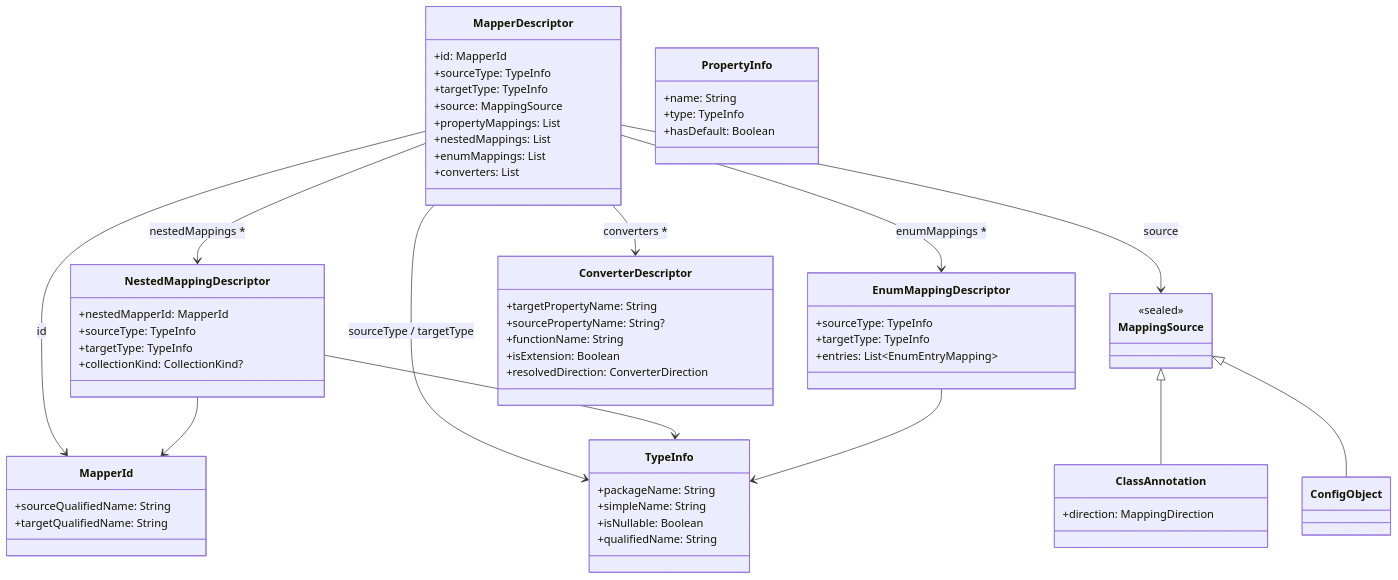
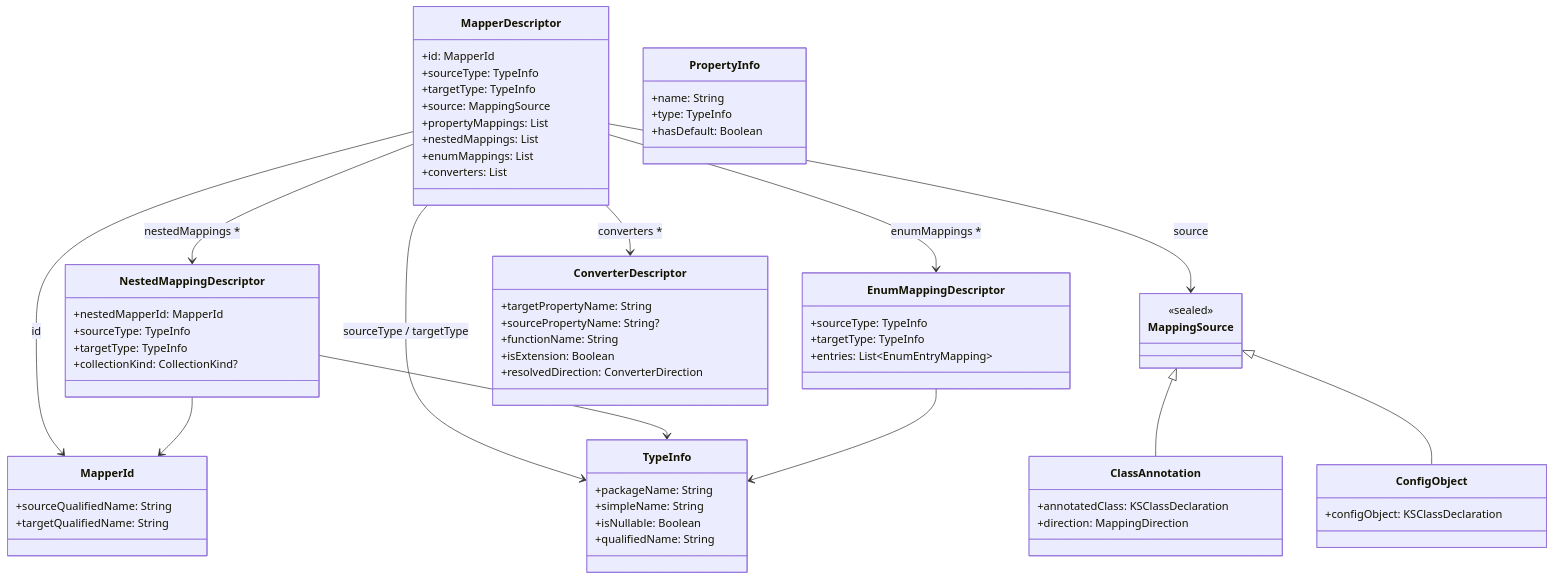
Before and after one commit to blu3berry-why/Kraft: the second of 3 diagrams in docs/developer-guide/custom-code-generator.md, drawn with Mermaid. The commit also changed other lines of this file, not shown here.

Commit message:
docs: fill memberless boxes in SPI class diagrams from source
ConfigObject and ClassAnnotation were missing their KSClassDeclaration
fields; note that Ignored's empty box is accurate.

````diff
--- a/docs/developer-guide/custom-code-generator.md
+++ b/docs/developer-guide/custom-code-generator.md
@@ -84,72 +84,75 @@
 ```mermaid
 classDiagram
     direction TB
 
     class MapperDescriptor {
         +id: MapperId
         +sourceType: TypeInfo
         +targetType: TypeInfo
         +source: MappingSource
         +propertyMappings: List
         +nestedMappings: List
         +enumMappings: List
         +converters: List
     }
 
     class MapperId {
         +sourceQualifiedName: String
         +targetQualifiedName: String
     }
     class TypeInfo {
         +packageName: String
         +simpleName: String
         +isNullable: Boolean
         +qualifiedName: String
     }
     class PropertyInfo {
         +name: String
         +type: TypeInfo
         +hasDefault: Boolean
     }
 
     class MappingSource {
         <<sealed>>
     }
     class ClassAnnotation {
+        +annotatedClass: KSClassDeclaration
         +direction: MappingDirection
     }
-    class ConfigObject
+    class ConfigObject {
+        +configObject: KSClassDeclaration
+    }
 
     class NestedMappingDescriptor {
         +nestedMapperId: MapperId
         +sourceType: TypeInfo
         +targetType: TypeInfo
         +collectionKind: CollectionKind?
     }
     class EnumMappingDescriptor {
         +sourceType: TypeInfo
         +targetType: TypeInfo
         +entries: List~EnumEntryMapping~
     }
     class ConverterDescriptor {
         +targetPropertyName: String
         +sourcePropertyName: String?
         +functionName: String
         +isExtension: Boolean
         +resolvedDirection: ConverterDirection
     }
 
     MapperDescriptor --> MapperId : id
     MapperDescriptor --> TypeInfo : sourceType / targetType
     MapperDescriptor --> MappingSource : source
     MapperDescriptor --> NestedMappingDescriptor : nestedMappings *
     MapperDescriptor --> EnumMappingDescriptor : enumMappings *
     MapperDescriptor --> ConverterDescriptor : converters *
 
     MappingSource <|-- ClassAnnotation
     MappingSource <|-- ConfigObject
 
     NestedMappingDescriptor --> MapperId
     NestedMappingDescriptor --> TypeInfo
     EnumMappingDescriptor --> TypeInfo
 ```
````
